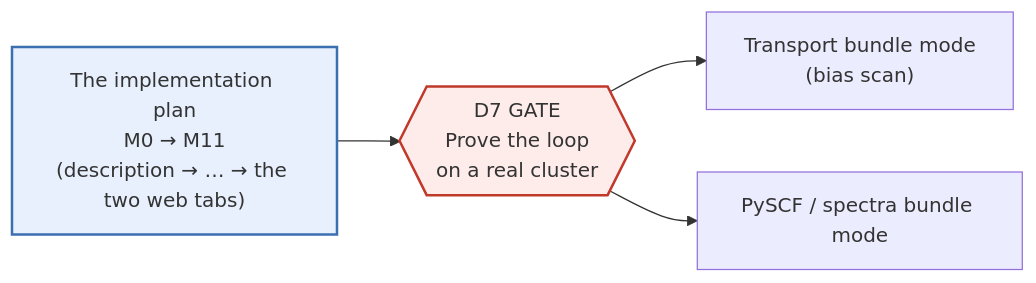
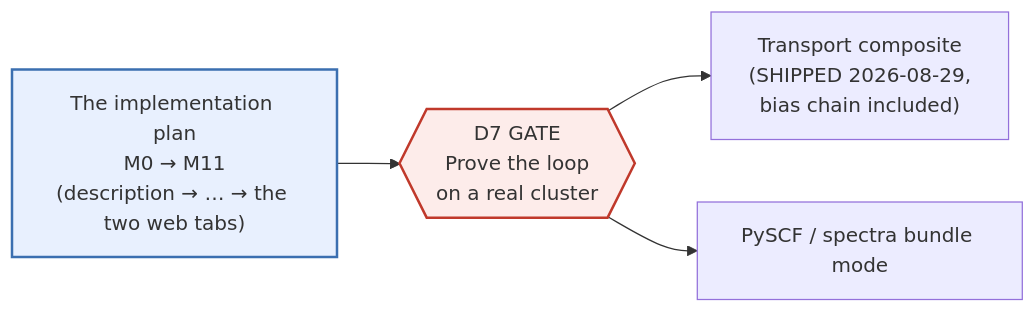
The second of 2 diagrams in docs/roadmap.md (Qing-LAB/molbuilder), drawn with Mermaid before and after one commit. The commit also changed other lines of this file and 26 other files, not shown here.

````diff
--- a/docs/roadmap.md
+++ b/docs/roadmap.md
@@ -274,14 +274,14 @@
 ```mermaid
 flowchart LR
     IMP["The implementation plan<br/>M0 → M11<br/>(description → … → the two web tabs)"]:::keystone
     GATE{{"D7 GATE<br/>Prove the loop<br/>on a real cluster"}}:::gate
-    P3["Transport bundle mode<br/>(bias scan)"]
+    P3["Transport composite<br/>(SHIPPED 2026-08-29,<br/>bias chain included)"]
     P4["PySCF / spectra bundle mode"]
 
     IMP --> GATE
     GATE --> P3
     GATE --> P4
 
     classDef keystone fill:#e8f0fe,stroke:#3b6fb0,stroke-width:2px;
     classDef gate fill:#fdecea,stroke:#c0392b,stroke-width:2px;
 ```
````
